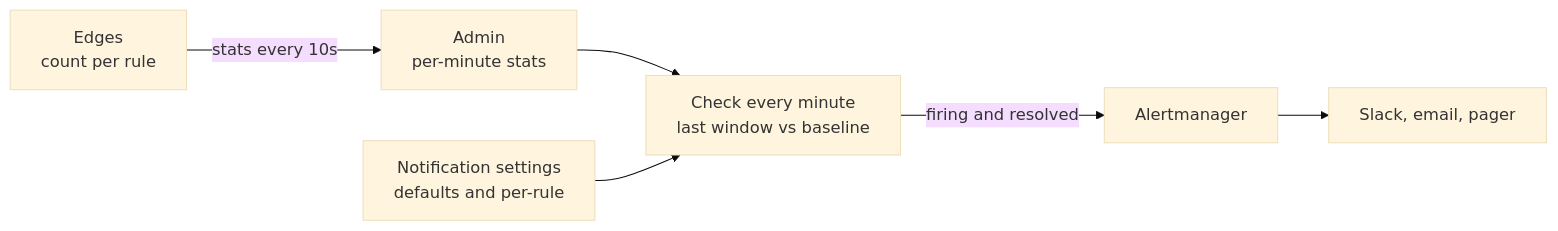
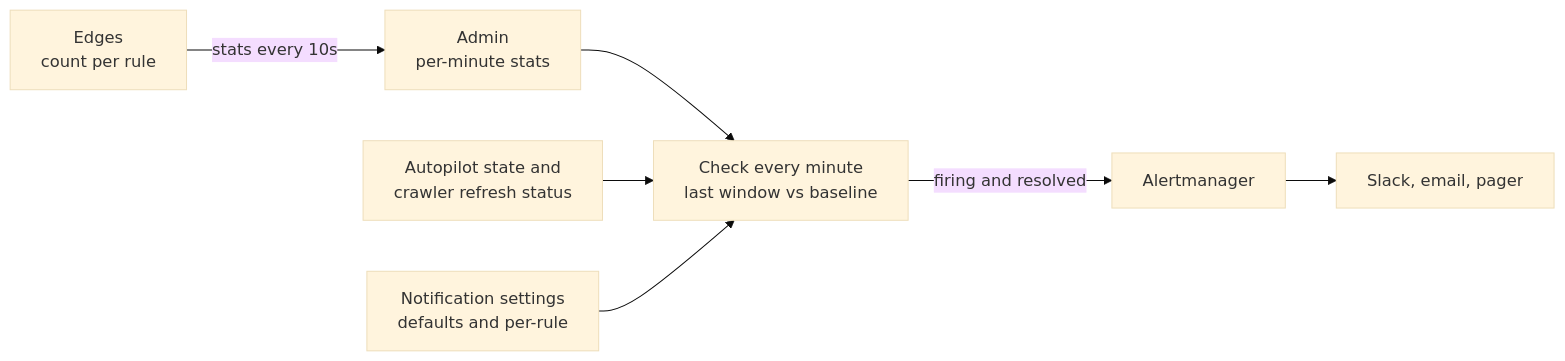
The diagram in docs/operate/notifications.md (chrisleekr/edge-proxy), drawn with Mermaid (base theme) before and after one commit. The commit also changed other lines of this file and 39 other files, not shown here.

First line of the commit message:
feat(admin): show crawler range refresh status and alert when a source goes stale (#29)

````diff
--- a/docs/operate/notifications.md
+++ b/docs/operate/notifications.md
@@ -5,8 +5,9 @@
 ```mermaid
 flowchart LR
   Edges["Edges<br/>count per rule"] -->|"stats every 10s"| Admin["Admin<br/>per-minute stats"]
   Admin --> Check["Check every minute<br/>last window vs baseline"]
+  State["Autopilot state and<br/>crawler refresh status"] --> Check
   Settings["Notification settings<br/>defaults and per-rule"] --> Check
   Check -->|"firing and resolved"| AM["Alertmanager"]
   AM --> Receivers["Slack, email, pager"]
 ```
````
